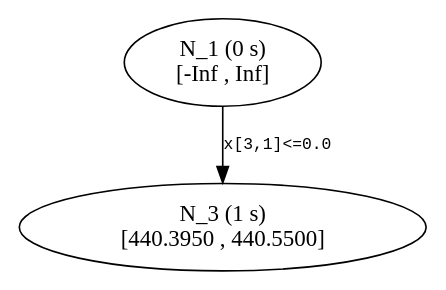
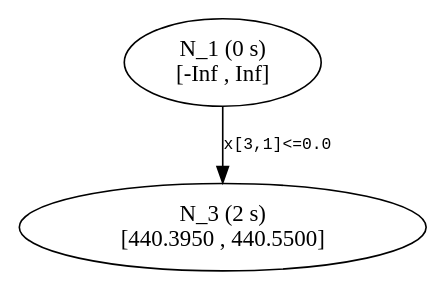
Before and after one commit to atoptima/Coluna.jl: the diagram in dev/start/tree2.dot, drawn with Graphviz. The commit also changed 10 other files, not shown here.

```diff
--- a/dev/start/tree2.dot
+++ b/dev/start/tree2.dot
@@ -1,8 +1,8 @@
 ## dot -Tpdf thisfile > thisfile.pdf 
 
 digraph Branching_Tree {
 	edge[fontname = "Courier", fontsize = 10];
 	n1 [label= "N_1 (0 s) \n[-Inf , Inf]"];
-	n3 [label= "N_3 (1 s) \n[440.3950 , 440.5500]"];
+	n3 [label= "N_3 (2 s) \n[440.3950 , 440.5500]"];
 	n1 -> n3 [label= "x[3,1]<=0.0"];
 }
```
